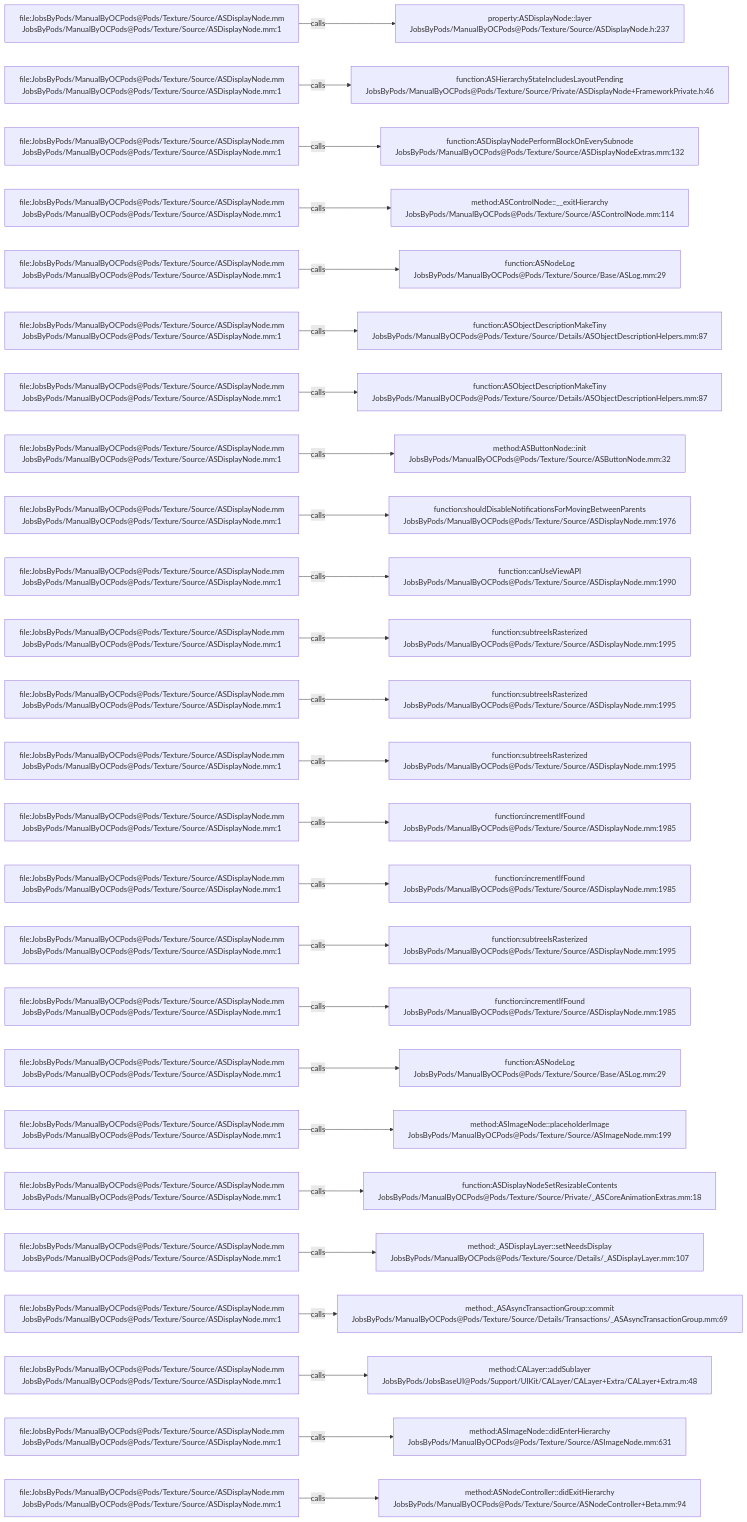
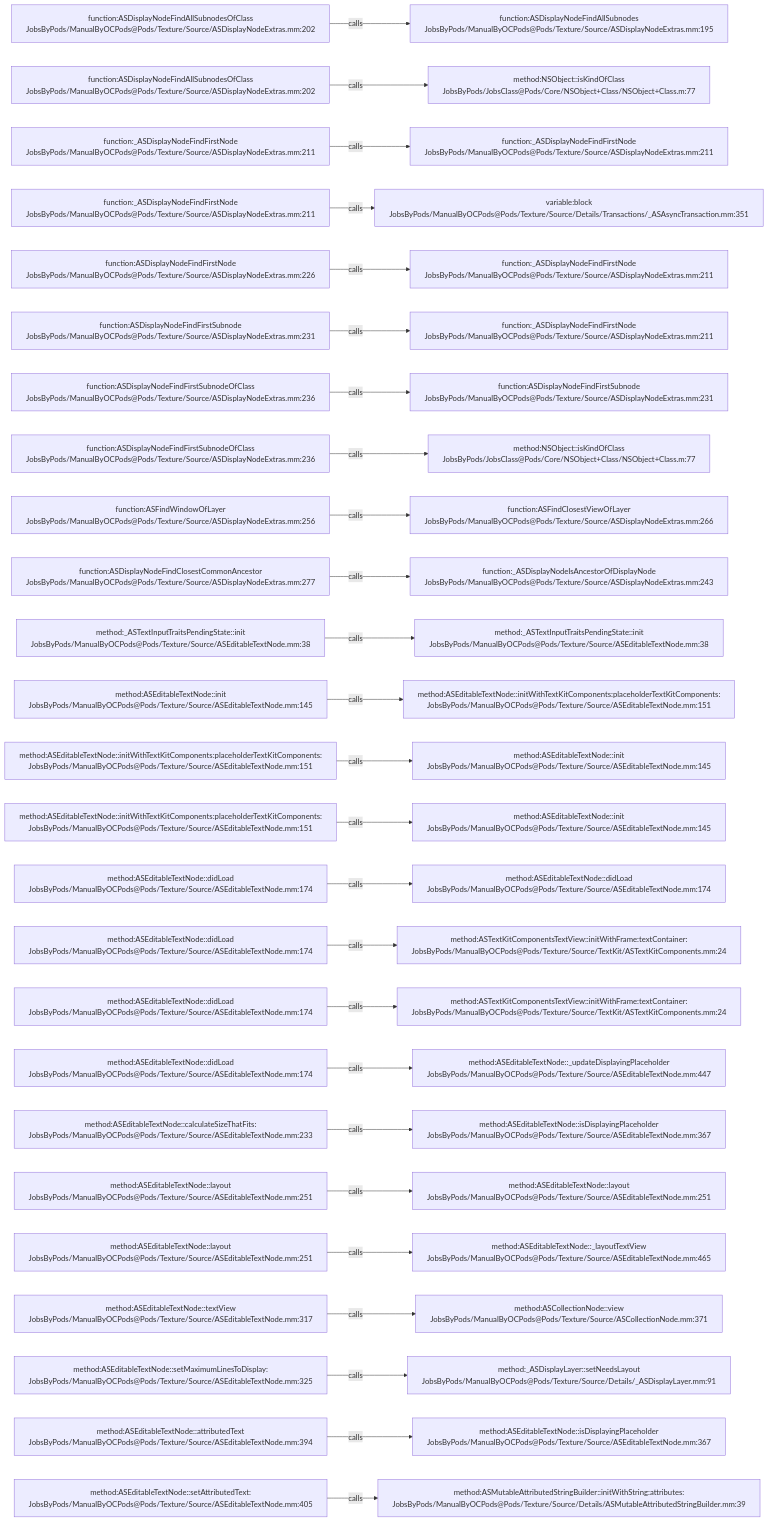
One commit to JobsKits/JobsOCBaseConfigDemo changed the diagram in .codegraph/codegraph.md/graphs/calls-099.md. Above: the diagram before and after it, drawn with Mermaid. The commit also changed 1448 other files, not shown here.

````diff
--- a/.codegraph/codegraph.md/graphs/calls-099.md
+++ b/.codegraph/codegraph.md/graphs/calls-099.md
@@ -13,78 +13,78 @@
 ```mermaid
 flowchart LR
-  S1["file:JobsByPods/ManualByOCPods@Pods/Texture/Source/ASDisplayNode.mm<br/>JobsByPods/ManualByOCPods@Pods/Texture/Source/ASDisplayNode.mm:1"]
-  T1["property:ASDisplayNode::layer<br/>JobsByPods/ManualByOCPods@Pods/Texture/Source/ASDisplayNode.h:237"]
+  S1["function:ASDisplayNodeFindAllSubnodesOfClass<br/>JobsByPods/ManualByOCPods@Pods/Texture/Source/ASDisplayNodeExtras.mm:202"]
+  T1["function:ASDisplayNodeFindAllSubnodes<br/>JobsByPods/ManualByOCPods@Pods/Texture/Source/ASDisplayNodeExtras.mm:195"]
   S1 -->|calls| T1
-  S2["file:JobsByPods/ManualByOCPods@Pods/Texture/Source/ASDisplayNode.mm<br/>JobsByPods/ManualByOCPods@Pods/Texture/Source/ASDisplayNode.mm:1"]
-  T2["function:ASHierarchyStateIncludesLayoutPending<br/>JobsByPods/ManualByOCPods@Pods/Texture/Source/Private/ASDisplayNode+FrameworkPrivate.h:46"]
+  S2["function:ASDisplayNodeFindAllSubnodesOfClass<br/>JobsByPods/ManualByOCPods@Pods/Texture/Source/ASDisplayNodeExtras.mm:202"]
+  T2["method:NSObject::isKindOfClass<br/>JobsByPods/JobsClass@Pods/Core/NSObject+Class/NSObject+Class.m:77"]
   S2 -->|calls| T2
-  S3["file:JobsByPods/ManualByOCPods@Pods/Texture/Source/ASDisplayNode.mm<br/>JobsByPods/ManualByOCPods@Pods/Texture/Source/ASDisplayNode.mm:1"]
-  T3["function:ASDisplayNodePerformBlockOnEverySubnode<br/>JobsByPods/ManualByOCPods@Pods/Texture/Source/ASDisplayNodeExtras.mm:132"]
+  S3["function:_ASDisplayNodeFindFirstNode<br/>JobsByPods/ManualByOCPods@Pods/Texture/Source/ASDisplayNodeExtras.mm:211"]
+  T3["function:_ASDisplayNodeFindFirstNode<br/>JobsByPods/ManualByOCPods@Pods/Texture/Source/ASDisplayNodeExtras.mm:211"]
   S3 -->|calls| T3
-  S4["file:JobsByPods/ManualByOCPods@Pods/Texture/Source/ASDisplayNode.mm<br/>JobsByPods/ManualByOCPods@Pods/Texture/Source/ASDisplayNode.mm:1"]
-  T4["method:ASControlNode::__exitHierarchy<br/>JobsByPods/ManualByOCPods@Pods/Texture/Source/ASControlNode.mm:114"]
+  S4["function:_ASDisplayNodeFindFirstNode<br/>JobsByPods/ManualByOCPods@Pods/Texture/Source/ASDisplayNodeExtras.mm:211"]
+  T4["variable:block<br/>JobsByPods/ManualByOCPods@Pods/Texture/Source/Details/Transactions/_ASAsyncTransaction.mm:351"]
   S4 -->|calls| T4
-  S5["file:JobsByPods/ManualByOCPods@Pods/Texture/Source/ASDisplayNode.mm<br/>JobsByPods/ManualByOCPods@Pods/Texture/Source/ASDisplayNode.mm:1"]
-  T5["function:ASNodeLog<br/>JobsByPods/ManualByOCPods@Pods/Texture/Source/Base/ASLog.mm:29"]
+  S5["function:ASDisplayNodeFindFirstNode<br/>JobsByPods/ManualByOCPods@Pods/Texture/Source/ASDisplayNodeExtras.mm:226"]
+  T5["function:_ASDisplayNodeFindFirstNode<br/>JobsByPods/ManualByOCPods@Pods/Texture/Source/ASDisplayNodeExtras.mm:211"]
   S5 -->|calls| T5
-  S6["file:JobsByPods/ManualByOCPods@Pods/Texture/Source/ASDisplayNode.mm<br/>JobsByPods/ManualByOCPods@Pods/Texture/Source/ASDisplayNode.mm:1"]
-  T6["function:ASObjectDescriptionMakeTiny<br/>JobsByPods/ManualByOCPods@Pods/Texture/Source/Details/ASObjectDescriptionHelpers.mm:87"]
+  S6["function:ASDisplayNodeFindFirstSubnode<br/>JobsByPods/ManualByOCPods@Pods/Texture/Source/ASDisplayNodeExtras.mm:231"]
+  T6["function:_ASDisplayNodeFindFirstNode<br/>JobsByPods/ManualByOCPods@Pods/Texture/Source/ASDisplayNodeExtras.mm:211"]
   S6 -->|calls| T6
-  S7["file:JobsByPods/ManualByOCPods@Pods/Texture/Source/ASDisplayNode.mm<br/>JobsByPods/ManualByOCPods@Pods/Texture/Source/ASDisplayNode.mm:1"]
-  T7["function:ASObjectDescriptionMakeTiny<br/>JobsByPods/ManualByOCPods@Pods/Texture/Source/Details/ASObjectDescriptionHelpers.mm:87"]
+  S7["function:ASDisplayNodeFindFirstSubnodeOfClass<br/>JobsByPods/ManualByOCPods@Pods/Texture/Source/ASDisplayNodeExtras.mm:236"]
+  T7["function:ASDisplayNodeFindFirstSubnode<br/>JobsByPods/ManualByOCPods@Pods/Texture/Source/ASDisplayNodeExtras.mm:231"]
   S7 -->|calls| T7
-  S8["file:JobsByPods/ManualByOCPods@Pods/Texture/Source/ASDisplayNode.mm<br/>JobsByPods/ManualByOCPods@Pods/Texture/Source/ASDisplayNode.mm:1"]
-  T8["method:ASButtonNode::init<br/>JobsByPods/ManualByOCPods@Pods/Texture/Source/ASButtonNode.mm:32"]
+  S8["function:ASDisplayNodeFindFirstSubnodeOfClass<br/>JobsByPods/ManualByOCPods@Pods/Texture/Source/ASDisplayNodeExtras.mm:236"]
+  T8["method:NSObject::isKindOfClass<br/>JobsByPods/JobsClass@Pods/Core/NSObject+Class/NSObject+Class.m:77"]
   S8 -->|calls| T8
-  S9["file:JobsByPods/ManualByOCPods@Pods/Texture/Source/ASDisplayNode.mm<br/>JobsByPods/ManualByOCPods@Pods/Texture/Source/ASDisplayNode.mm:1"]
-  T9["function:shouldDisableNotificationsForMovingBetweenParents<br/>JobsByPods/ManualByOCPods@Pods/Texture/Source/ASDisplayNode.mm:1976"]
+  S9["function:ASFindWindowOfLayer<br/>JobsByPods/ManualByOCPods@Pods/Texture/Source/ASDisplayNodeExtras.mm:256"]
+  T9["function:ASFindClosestViewOfLayer<br/>JobsByPods/ManualByOCPods@Pods/Texture/Source/ASDisplayNodeExtras.mm:266"]
   S9 -->|calls| T9
-  S10["file:JobsByPods/ManualByOCPods@Pods/Texture/Source/ASDisplayNode.mm<br/>JobsByPods/ManualByOCPods@Pods/Texture/Source/ASDisplayNode.mm:1"]
-  T10["function:canUseViewAPI<br/>JobsByPods/ManualByOCPods@Pods/Texture/Source/ASDisplayNode.mm:1990"]
+  S10["function:ASDisplayNodeFindClosestCommonAncestor<br/>JobsByPods/ManualByOCPods@Pods/Texture/Source/ASDisplayNodeExtras.mm:277"]
+  T10["function:_ASDisplayNodeIsAncestorOfDisplayNode<br/>JobsByPods/ManualByOCPods@Pods/Texture/Source/ASDisplayNodeExtras.mm:243"]
   S10 -->|calls| T10
-  S11["file:JobsByPods/ManualByOCPods@Pods/Texture/Source/ASDisplayNode.mm<br/>JobsByPods/ManualByOCPods@Pods/Texture/Source/ASDisplayNode.mm:1"]
-  T11["function:subtreeIsRasterized<br/>JobsByPods/ManualByOCPods@Pods/Texture/Source/ASDisplayNode.mm:1995"]
+  S11["method:_ASTextInputTraitsPendingState::init<br/>JobsByPods/ManualByOCPods@Pods/Texture/Source/ASEditableTextNode.mm:38"]
+  T11["method:_ASTextInputTraitsPendingState::init<br/>JobsByPods/ManualByOCPods@Pods/Texture/Source/ASEditableTextNode.mm:38"]
   S11 -->|calls| T11
-  S12["file:JobsByPods/ManualByOCPods@Pods/Texture/Source/ASDisplayNode.mm<br/>JobsByPods/ManualByOCPods@Pods/Texture/Source/ASDisplayNode.mm:1"]
-  T12["function:subtreeIsRasterized<br/>JobsByPods/ManualByOCPods@Pods/Texture/Source/ASDisplayNode.mm:1995"]
+  S12["method:ASEditableTextNode::init<br/>JobsByPods/ManualByOCPods@Pods/Texture/Source/ASEditableTextNode.mm:145"]
+  T12["method:ASEditableTextNode::initWithTextKitComponents:placeholderTextKitComponents:<br/>JobsByPods/ManualByOCPods@Pods/Texture/Source/ASEditableTextNode.mm:151"]
   S12 -->|calls| T12
-  S13["file:JobsByPods/ManualByOCPods@Pods/Texture/Source/ASDisplayNode.mm<br/>JobsByPods/ManualByOCPods@Pods/Texture/Source/ASDisplayNode.mm:1"]
-  T13["function:subtreeIsRasterized<br/>JobsByPods/ManualByOCPods@Pods/Texture/Source/ASDisplayNode.mm:1995"]
+  S13["method:ASEditableTextNode::initWithTextKitComponents:placeholderTextKitComponents:<br/>JobsByPods/ManualByOCPods@Pods/Texture/Source/ASEditableTextNode.mm:151"]
+  T13["method:ASEditableTextNode::init<br/>JobsByPods/ManualByOCPods@Pods/Texture/Source/ASEditableTextNode.mm:145"]
   S13 -->|calls| T13
-  S14["file:JobsByPods/ManualByOCPods@Pods/Texture/Source/ASDisplayNode.mm<br/>JobsByPods/ManualByOCPods@Pods/Texture/Source/ASDisplayNode.mm:1"]
-  T14["function:incrementIfFound<br/>JobsByPods/ManualByOCPods@Pods/Texture/Source/ASDisplayNode.mm:1985"]
+  S14["method:ASEditableTextNode::initWithTextKitComponents:placeholderTextKitComponents:<br/>JobsByPods/ManualByOCPods@Pods/Texture/Source/ASEditableTextNode.mm:151"]
+  T14["method:ASEditableTextNode::init<br/>JobsByPods/ManualByOCPods@Pods/Texture/Source/ASEditableTextNode.mm:145"]
   S14 -->|calls| T14
-  S15["file:JobsByPods/ManualByOCPods@Pods/Texture/Source/ASDisplayNode.mm<br/>JobsByPods/ManualByOCPods@Pods/Texture/Source/ASDisplayNode.mm:1"]
-  T15["function:incrementIfFound<br/>JobsByPods/ManualByOCPods@Pods/Texture/Source/ASDisplayNode.mm:1985"]
+  S15["method:ASEditableTextNode::didLoad<br/>JobsByPods/ManualByOCPods@Pods/Texture/Source/ASEditableTextNode.mm:174"]
+  T15["method:ASEditableTextNode::didLoad<br/>JobsByPods/ManualByOCPods@Pods/Texture/Source/ASEditableTextNode.mm:174"]
   S15 -->|calls| T15
-  S16["file:JobsByPods/ManualByOCPods@Pods/Texture/Source/ASDisplayNode.mm<br/>JobsByPods/ManualByOCPods@Pods/Texture/Source/ASDisplayNode.mm:1"]
-  T16["function:subtreeIsRasterized<br/>JobsByPods/ManualByOCPods@Pods/Texture/Source/ASDisplayNode.mm:1995"]
+  S16["method:ASEditableTextNode::didLoad<br/>JobsByPods/ManualByOCPods@Pods/Texture/Source/ASEditableTextNode.mm:174"]
+  T16["method:ASTextKitComponentsTextView::initWithFrame:textContainer:<br/>JobsByPods/ManualByOCPods@Pods/Texture/Source/TextKit/ASTextKitComponents.mm:24"]
   S16 -->|calls| T16
-  S17["file:JobsByPods/ManualByOCPods@Pods/Texture/Source/ASDisplayNode.mm<br/>JobsByPods/ManualByOCPods@Pods/Texture/Source/ASDisplayNode.mm:1"]
-  T17["function:incrementIfFound<br/>JobsByPods/ManualByOCPods@Pods/Texture/Source/ASDisplayNode.mm:1985"]
+  S17["method:ASEditableTextNode::didLoad<br/>JobsByPods/ManualByOCPods@Pods/Texture/Source/ASEditableTextNode.mm:174"]
+  T17["method:ASTextKitComponentsTextView::initWithFrame:textContainer:<br/>JobsByPods/ManualByOCPods@Pods/Texture/Source/TextKit/ASTextKitComponents.mm:24"]
   S17 -->|calls| T17
-  S18["file:JobsByPods/ManualByOCPods@Pods/Texture/Source/ASDisplayNode.mm<br/>JobsByPods/ManualByOCPods@Pods/Texture/Source/ASDisplayNode.mm:1"]
-  T18["function:ASNodeLog<br/>JobsByPods/ManualByOCPods@Pods/Texture/Source/Base/ASLog.mm:29"]
+  S18["method:ASEditableTextNode::didLoad<br/>JobsByPods/ManualByOCPods@Pods/Texture/Source/ASEditableTextNode.mm:174"]
+  T18["method:ASEditableTextNode::_updateDisplayingPlaceholder<br/>JobsByPods/ManualByOCPods@Pods/Texture/Source/ASEditableTextNode.mm:447"]
   S18 -->|calls| T18
-  S19["file:JobsByPods/ManualByOCPods@Pods/Texture/Source/ASDisplayNode.mm<br/>JobsByPods/ManualByOCPods@Pods/Texture/Source/ASDisplayNode.mm:1"]
-  T19["method:ASImageNode::placeholderImage<br/>JobsByPods/ManualByOCPods@Pods/Texture/Source/ASImageNode.mm:199"]
+  S19["method:ASEditableTextNode::calculateSizeThatFits:<br/>JobsByPods/ManualByOCPods@Pods/Texture/Source/ASEditableTextNode.mm:233"]
+  T19["method:ASEditableTextNode::isDisplayingPlaceholder<br/>JobsByPods/ManualByOCPods@Pods/Texture/Source/ASEditableTextNode.mm:367"]
   S19 -->|calls| T19
-  S20["file:JobsByPods/ManualByOCPods@Pods/Texture/Source/ASDisplayNode.mm<br/>JobsByPods/ManualByOCPods@Pods/Texture/Source/ASDisplayNode.mm:1"]
-  T20["function:ASDisplayNodeSetResizableContents<br/>JobsByPods/ManualByOCPods@Pods/Texture/Source/Private/_ASCoreAnimationExtras.mm:18"]
+  S20["method:ASEditableTextNode::layout<br/>JobsByPods/ManualByOCPods@Pods/Texture/Source/ASEditableTextNode.mm:251"]
+  T20["method:ASEditableTextNode::layout<br/>JobsByPods/ManualByOCPods@Pods/Texture/Source/ASEditableTextNode.mm:251"]
   S20 -->|calls| T20
-  S21["file:JobsByPods/ManualByOCPods@Pods/Texture/Source/ASDisplayNode.mm<br/>JobsByPods/ManualByOCPods@Pods/Texture/Source/ASDisplayNode.mm:1"]
-  T21["method:_ASDisplayLayer::setNeedsDisplay<br/>JobsByPods/ManualByOCPods@Pods/Texture/Source/Details/_ASDisplayLayer.mm:107"]
+  S21["method:ASEditableTextNode::layout<br/>JobsByPods/ManualByOCPods@Pods/Texture/Source/ASEditableTextNode.mm:251"]
+  T21["method:ASEditableTextNode::_layoutTextView<br/>JobsByPods/ManualByOCPods@Pods/Texture/Source/ASEditableTextNode.mm:465"]
   S21 -->|calls| T21
-  S22["file:JobsByPods/ManualByOCPods@Pods/Texture/Source/ASDisplayNode.mm<br/>JobsByPods/ManualByOCPods@Pods/Texture/Source/ASDisplayNode.mm:1"]
-  T22["method:_ASAsyncTransactionGroup::commit<br/>JobsByPods/ManualByOCPods@Pods/Texture/Source/Details/Transactions/_ASAsyncTransactionGroup.mm:69"]
+  S22["method:ASEditableTextNode::textView<br/>JobsByPods/ManualByOCPods@Pods/Texture/Source/ASEditableTextNode.mm:317"]
+  T22["method:ASCollectionNode::view<br/>JobsByPods/ManualByOCPods@Pods/Texture/Source/ASCollectionNode.mm:371"]
   S22 -->|calls| T22
-  S23["file:JobsByPods/ManualByOCPods@Pods/Texture/Source/ASDisplayNode.mm<br/>JobsByPods/ManualByOCPods@Pods/Texture/Source/ASDisplayNode.mm:1"]
-  T23["method:CALayer::addSublayer<br/>JobsByPods/JobsBaseUI@Pods/Support/UIKit/CALayer/CALayer+Extra/CALayer+Extra.m:48"]
+  S23["method:ASEditableTextNode::setMaximumLinesToDisplay:<br/>JobsByPods/ManualByOCPods@Pods/Texture/Source/ASEditableTextNode.mm:325"]
+  T23["method:_ASDisplayLayer::setNeedsLayout<br/>JobsByPods/ManualByOCPods@Pods/Texture/Source/Details/_ASDisplayLayer.mm:91"]
   S23 -->|calls| T23
-  S24["file:JobsByPods/ManualByOCPods@Pods/Texture/Source/ASDisplayNode.mm<br/>JobsByPods/ManualByOCPods@Pods/Texture/Source/ASDisplayNode.mm:1"]
-  T24["method:ASImageNode::didEnterHierarchy<br/>JobsByPods/ManualByOCPods@Pods/Texture/Source/ASImageNode.mm:631"]
+  S24["method:ASEditableTextNode::attributedText<br/>JobsByPods/ManualByOCPods@Pods/Texture/Source/ASEditableTextNode.mm:394"]
+  T24["method:ASEditableTextNode::isDisplayingPlaceholder<br/>JobsByPods/ManualByOCPods@Pods/Texture/Source/ASEditableTextNode.mm:367"]
   S24 -->|calls| T24
-  S25["file:JobsByPods/ManualByOCPods@Pods/Texture/Source/ASDisplayNode.mm<br/>JobsByPods/ManualByOCPods@Pods/Texture/Source/ASDisplayNode.mm:1"]
-  T25["method:ASNodeController::didExitHierarchy<br/>JobsByPods/ManualByOCPods@Pods/Texture/Source/ASNodeController+Beta.mm:94"]
+  S25["method:ASEditableTextNode::setAttributedText:<br/>JobsByPods/ManualByOCPods@Pods/Texture/Source/ASEditableTextNode.mm:405"]
+  T25["method:ASMutableAttributedStringBuilder::initWithString:attributes:<br/>JobsByPods/ManualByOCPods@Pods/Texture/Source/Details/ASMutableAttributedStringBuilder.mm:39"]
   S25 -->|calls| T25
 ```
````
